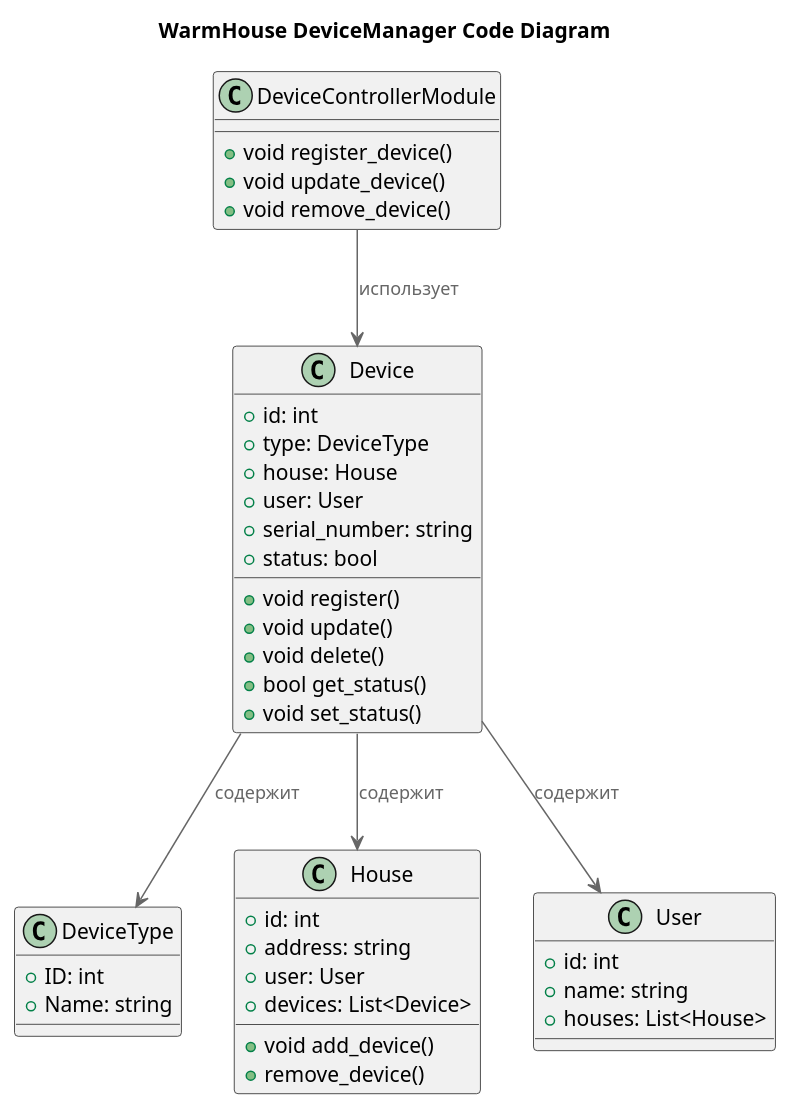
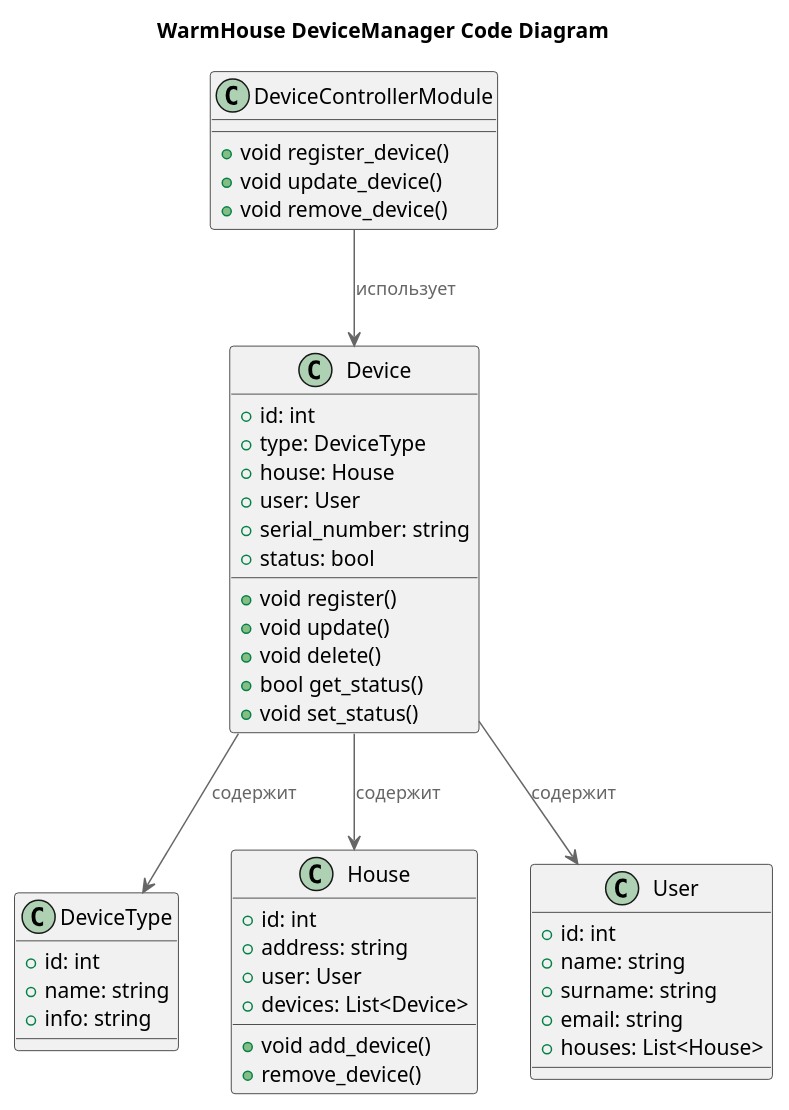
Before and after one commit to alexberkov/arch-spint-1-final: the diagram in diagrams/code/WarmHouse_Code_DeviceManager.puml, drawn with PlantUML. The commit also changed 2 other files, not shown here.

Commit message:
Complete step 3 (ER Diagram)

```diff
--- a/diagrams/code/WarmHouse_Code_DeviceManager.puml
+++ b/diagrams/code/WarmHouse_Code_DeviceManager.puml
@@ -1,55 +1,58 @@
 @startuml
 title WarmHouse DeviceManager Code Diagram
 
 top to bottom direction
 
 !includeurl https://raw.githubusercontent.com/RicardoNiepel/C4-PlantUML/master/C4_Component.puml
 
 class DeviceType {
-  +ID: int
-  +Name: string
+  +id: int
+  +name: string
+  +info: string
 }
 
 class Device {
   +id: int
   +type: DeviceType
   +house: House
   +user: User
   +serial_number: string
   +status: bool
   +void register()
   +void update()
   +void delete()
   +bool get_status()
   +void set_status()
 }
 
 class House {
   +id: int
   +address: string
   +user: User
   +devices: List<Device>
   +void add_device()
   +remove_device()
 }
 
 class User {
   +id: int
   +name: string
+  +surname: string
+  +email: string
   +houses: List<House>
 }
 
 class DeviceControllerModule {
   +void register_device()
   +void update_device()
   +void remove_device()
 }
 
 
 DeviceControllerModule --> Device : использует
 
 Device --> House: содержит
 Device --> DeviceType: содержит
 Device --> User: содержит
 
 @enduml
```
